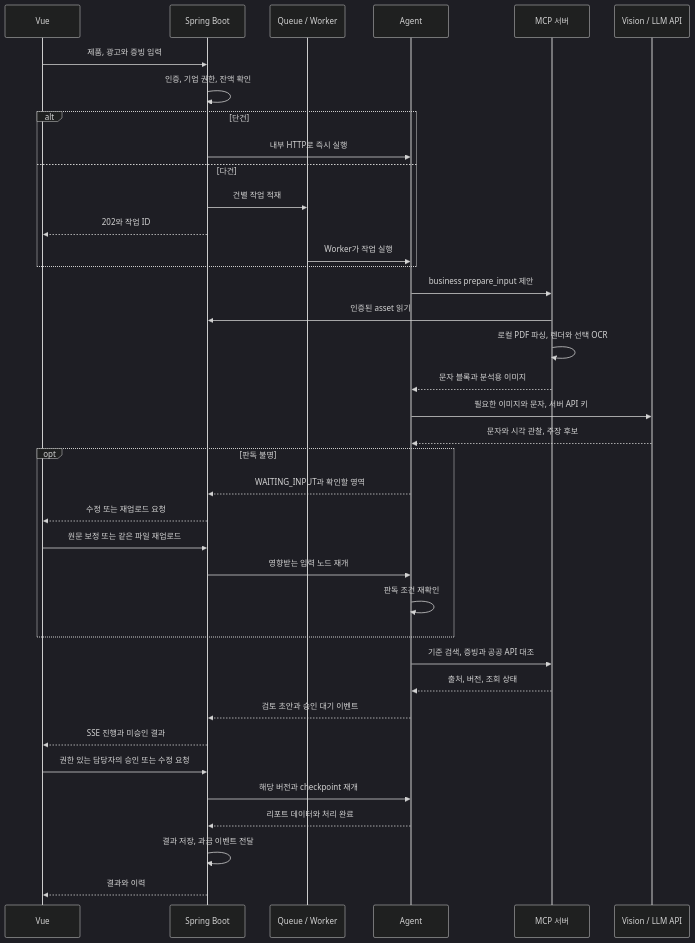
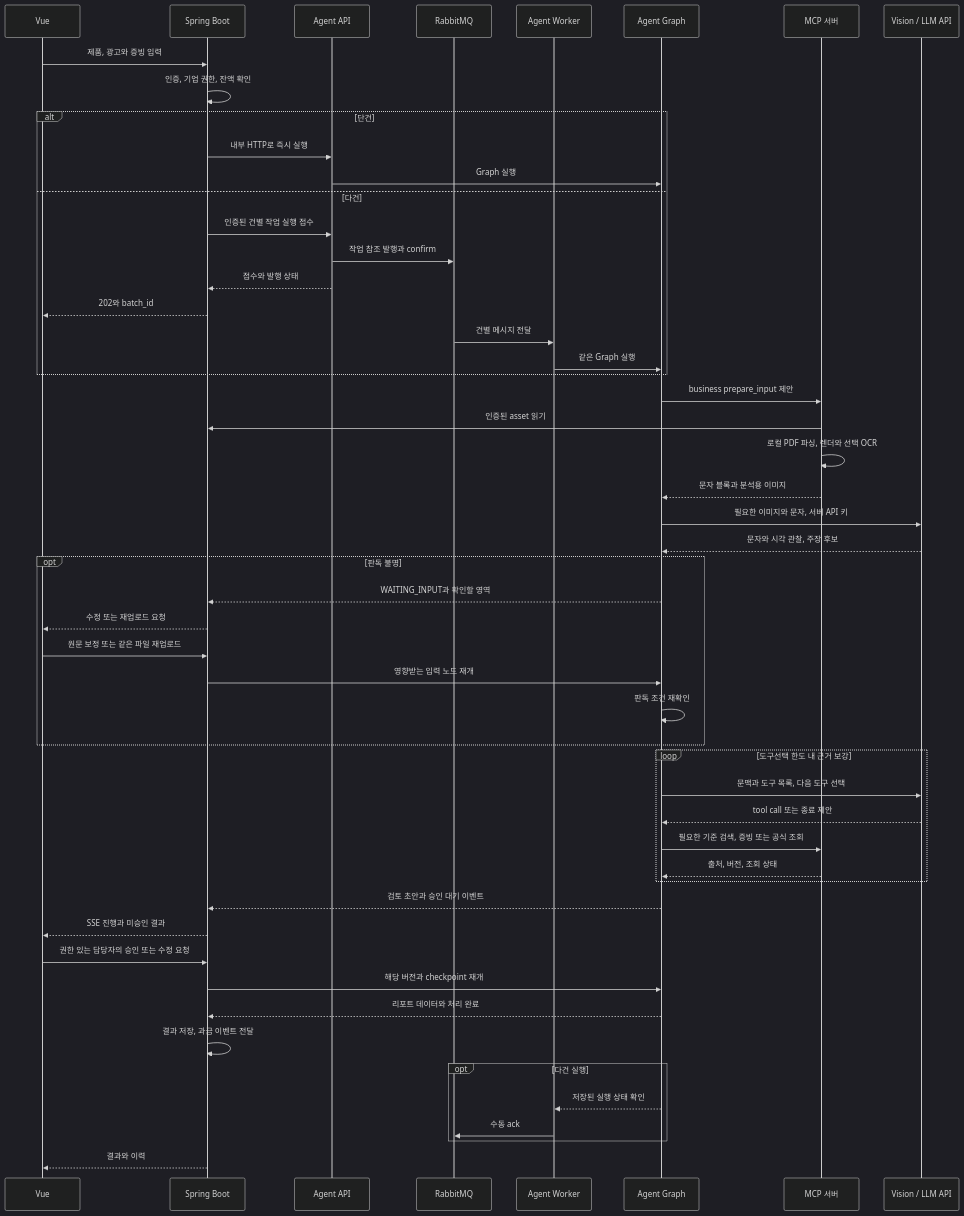
The second of 2 diagrams in docs/01-architecture.md (SKALA-AI-Agent-Capstone/backend), drawn with Mermaid (dark theme) before and after one commit. The commit also changed other lines of this file and 20 other files, not shown here.

Commit message:
chore(infra): align service foundation with current Notion architecture

```diff
--- a/docs/01-architecture.md
+++ b/docs/01-architecture.md
@@ -111,40 +116,54 @@
 ~~~mermaid
 sequenceDiagram
   participant U as Vue
   participant B as Spring Boot
-  participant Q as Queue / Worker
-  participant A as Agent
+  participant E as Agent API
+  participant Q as RabbitMQ
+  participant W as Agent Worker
+  participant A as Agent Graph
   participant M as MCP 서버
   participant L as Vision / LLM API
   U->>B: 제품, 광고와 증빙 입력
   B->>B: 인증, 기업 권한, 잔액 확인
   alt 단건
-    B->>A: 내부 HTTP로 즉시 실행
+    B->>E: 내부 HTTP로 즉시 실행
+    E->>A: Graph 실행
   else 다건
-    B->>Q: 건별 작업 적재
-    B-->>U: 202와 작업 ID
-    Q->>A: Worker가 작업 실행
+    B->>E: 인증된 건별 작업 실행 접수
+    E->>Q: 작업 참조 발행과 confirm
+    E-->>B: 접수와 발행 상태
+    B-->>U: 202와 batch_id
+    Q->>W: 건별 메시지 전달
+    W->>A: 같은 Graph 실행
   end
   A->>M: business prepare_input 제안
   M->>B: 인증된 asset 읽기
   M->>M: 로컬 PDF 파싱, 렌더와 선택 OCR
   M-->>A: 문자 블록과 분석용 이미지
   A->>L: 필요한 이미지와 문자, 서버 API 키
   L-->>A: 문자와 시각 관찰, 주장 후보
   opt 판독 불명
     A-->>B: WAITING_INPUT과 확인할 영역
     B-->>U: 수정 또는 재업로드 요청
     U->>B: 원문 보정 또는 같은 파일 재업로드
     B->>A: 영향받는 입력 노드 재개
     A->>A: 판독 조건 재확인
   end
-  A->>M: 기준 검색, 증빙과 공공 API 대조
-  M-->>A: 출처, 버전, 조회 상태
+  loop 도구선택 한도 내 근거 보강
+    A->>L: 문맥과 도구 목록, 다음 도구 선택
+    L-->>A: tool call 또는 종료 제안
+    A->>M: 필요한 기준 검색, 증빙 또는 공식 조회
+    M-->>A: 출처, 버전, 조회 상태
+  end
   A-->>B: 검토 초안과 승인 대기 이벤트
   B-->>U: SSE 진행과 미승인 결과
   U->>B: 권한 있는 담당자의 승인 또는 수정 요청
   B->>A: 해당 버전과 checkpoint 재개
   A-->>B: 리포트 데이터와 처리 완료
   B->>B: 결과 저장, 과금 이벤트 전달
+  opt 다건 실행
+    A-->>W: 저장된 실행 상태 확인
+    W->>Q: 수동 ack
+  end
   B-->>U: 결과와 이력
 ~~~
```
